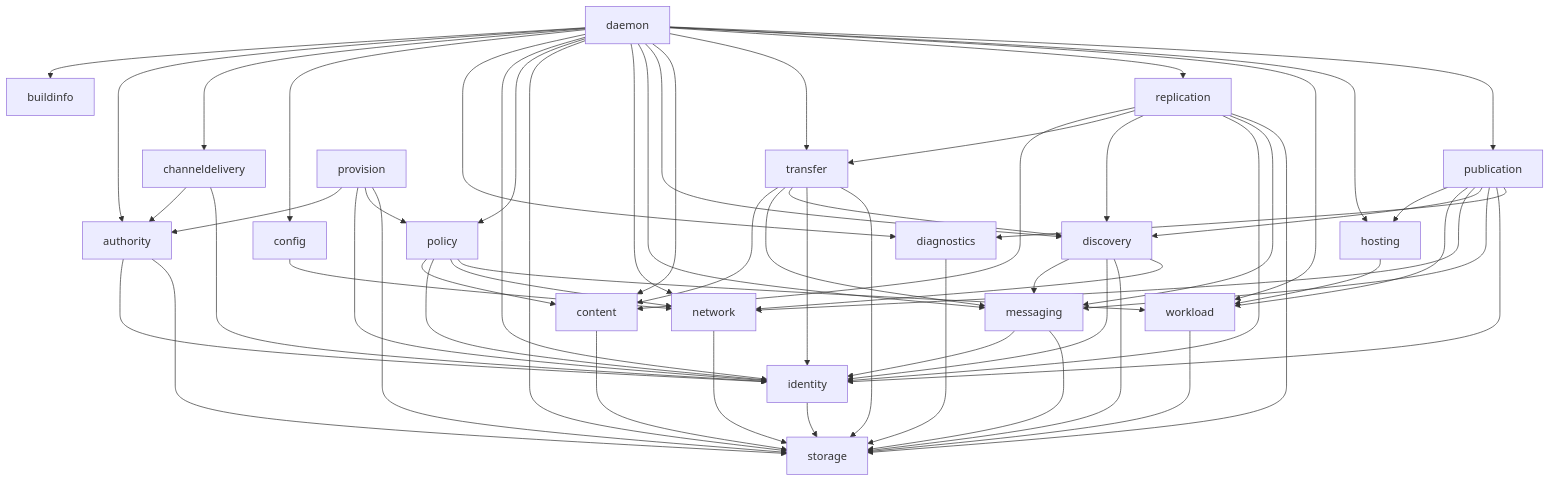
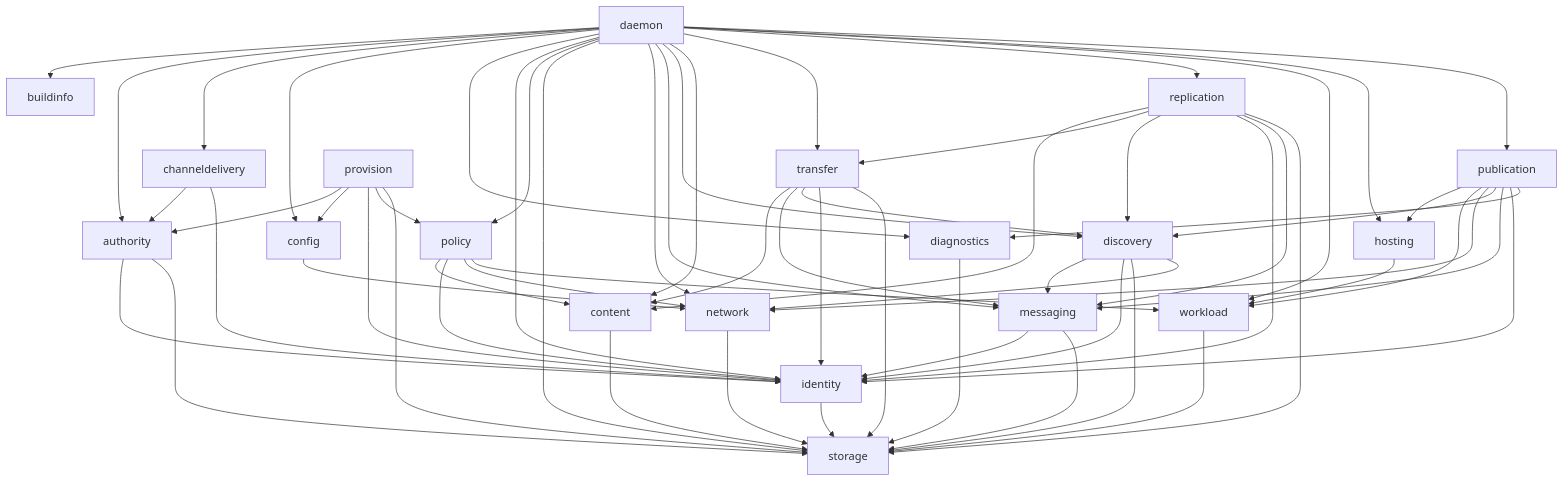
Before and after one commit to dianabuilds/ardents-network: the diagram in docs/engineering/codebase-architecture.md, drawn with Mermaid. The commit also changed 6 other files, not shown here.

```diff
--- a/docs/engineering/codebase-architecture.md
+++ b/docs/engineering/codebase-architecture.md
@@ -532,6 +532,7 @@
     channeldelivery --> authority
     channeldelivery --> identity
     provision --> authority
+    provision --> config
     provision --> identity
     provision --> policy
     provision --> storage
```
